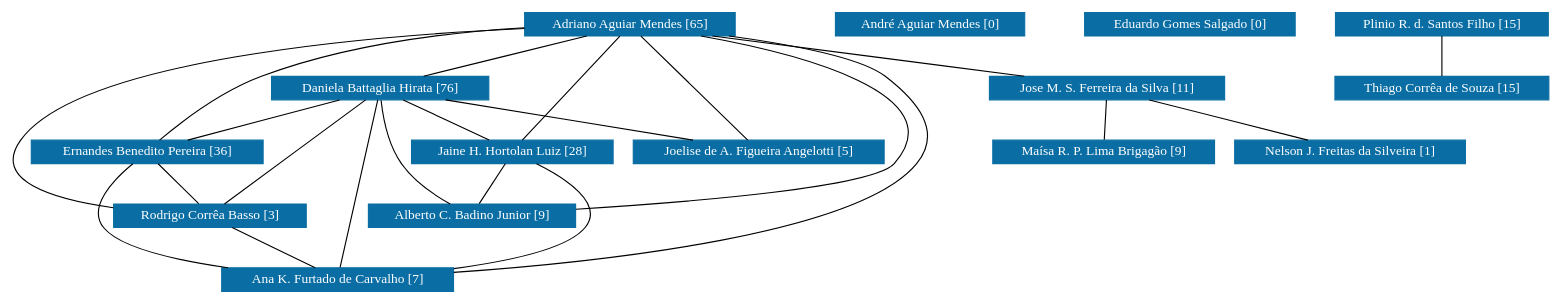
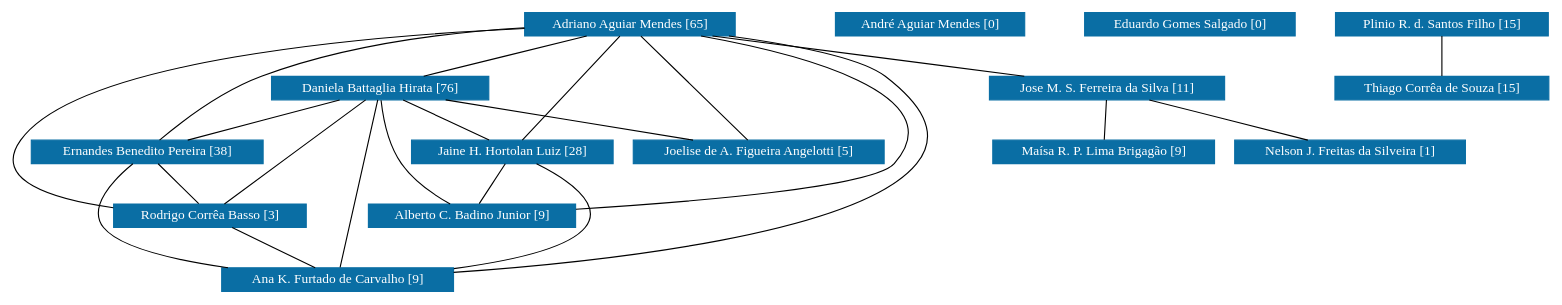
The diagram in PPGBiotec/grafoDeColaboracoesSemPesos.dot (icamps/unifal-lattes.github.io), drawn with Graphviz before and after one commit. The commit also changed 878 other files, not shown here.

```diff
--- a/PPGBiotec/grafoDeColaboracoesSemPesos.dot
+++ b/PPGBiotec/grafoDeColaboracoesSemPesos.dot
@@ -1,138 +1,138 @@
 strict graph grafo1 {
 	graph [bb="0,0,1164.1,249",
 		id=grafo1,
 		overlap=False
 	];
 	node [fontsize=12,
 		label="\N",
 		shape=rectangle,
 		style=filled
 	];
 	0	 [URL="membro-2926571414651131.html",
 		color="#0A6EA4",
 		fontcolor="#FFFFFF",
 		height=0.29167,
 		label="Adriano Aguiar Mendes [65]",
 		pos="472.64,238.5",
 		width=2.1389];
 	2	 [URL="membro-5292381247624407.html",
 		color="#0A6EA4",
 		fontcolor="#FFFFFF",
 		height=0.29167,
 		label="Daniela Battaglia Hirata [76]",
 		pos="301.64,181.5",
 		width=2.1528];
 	0 -- 2	 [pos="440.88,227.91 410.16,217.67 363.89,202.25 333.23,192.03"];
 	4	 [URL="membro-0524540000904823.html",
 		color="#0A6EA4",
 		fontcolor="#FFFFFF",
 		height=0.29167,
-		label="Ernandes Benedito Pereira [36]",
+		label="Ernandes Benedito Pereira [38]",
 		pos="114.64,124.5",
 		width=2.3056];
 	0 -- 4	 [pos="395.53,233.01 343,227.27 272.72,215.61 214.64,192 179.71,177.8 144.46,150.2 126.61,135.06"];
 	5	 [URL="membro-3433047807065363.html",
 		color="#0A6EA4",
 		fontcolor="#FFFFFF",
 		height=0.29167,
 		label="Jaine H. Hortolan Luiz [28]",
 		pos="403.64,124.5",
 		width=2.0694];
 	0 -- 5	 [pos="466.27,227.98 453.19,206.37 423.43,157.19 410.19,135.33"];
 	6	 [URL="membro-3798416800583466.html",
 		color="#0A6EA4",
 		fontcolor="#FFFFFF",
 		height=0.29167,
 		label="Joelise de A. Figueira Angelotti [5]",
 		pos="587.64,124.5",
 		width=2.5278];
 	0 -- 6	 [pos="483.25,227.98 505.05,206.37 554.66,157.19 576.72,135.33"];
 	7	 [URL="membro-0436922594542722.html",
 		color="#0A6EA4",
 		fontcolor="#FFFFFF",
 		height=0.29167,
 		label="Jose M. S. Ferreira da Silva [11]",
 		pos="857.64,181.5",
 		width=2.3611];
 	0 -- 7	 [pos="543.7,227.98 612.9,217.73 717.49,202.25 786.67,192.01"];
 	10	 [URL="membro-4043789557049115.html",
 		color="#0A6EA4",
 		fontcolor="#FFFFFF",
 		height=0.29167,
 		label="Rodrigo Corrêa Basso [3]",
 		pos="165.64,67.5",
 		width=1.9444];
 	0 -- 10	 [pos="395.35,232.9 278.12,222.52 64.524,195.58 22.639,135 0,102.26 48.884,84.95 95.531,76.098"];
 	12	 [URL="membro-6244428434217018.html",
 		color="#0A6EA4",
 		fontcolor="#FFFFFF",
 		height=0.29167,
 		label="Alberto C. Badino Junior [9]",
 		pos="368.64,67.5",
 		width=2.1389];
 	0 -- 12	 [pos="530.01,227.98 609.73,210.94 738.78,173.13 687.64,114 672.01,95.929 535.32,81.278 446.01,73.524"];
 	14	 [URL="membro-8233720168272812.html",
 		color="#0A6EA4",
 		fontcolor="#FFFFFF",
 		height=0.29167,
-		label="Ana K. Furtado de Carvalho [7]",
+		label="Ana K. Furtado de Carvalho [9]",
 		pos="263.64,10.5",
 		width=2.375];
 	0 -- 14	 [pos="549.79,228.04 599.52,220.01 658.53,207.64 678.64,192 707.83,169.29 730.52,143.06 707.64,114 664.01,58.572 465.88,30.153 349.55,18.004"];
 	2 -- 4	 [pos="266.9,170.91 233.32,160.67 182.71,145.25 149.19,135.03"];
 	2 -- 5	 [pos="320.83,170.78 339.06,160.59 366.33,145.35 384.54,135.17"];
 	2 -- 6	 [pos="354.43,170.98 405.76,160.75 483.29,145.3 534.67,135.06"];
 	2 -- 10	 [pos="289.09,170.98 263.31,149.37 204.64,100.19 178.56,78.328"];
 	2 -- 12	 [pos="302.68,170.74 304.42,156.81 308.86,132.14 319.64,114 328.27,99.481 342.69,86.583 353.66,78.076"];
 	2 -- 14	 [pos="299.26,170.8 292.44,140.09 272.84,51.897 266.02,21.193"];
 	4 -- 10	 [pos="124.23,113.78 133.35,103.59 146.99,88.348 156.09,78.173"];
 	4 -- 14	 [pos="103.71,113.54 90.937,99.382 73.157,74.481 86.639,57 99.396,40.458 145.75,28.641 187.82,21.059"];
 	5 -- 12	 [pos="397.06,113.78 390.8,103.59 381.44,88.348 375.19,78.173"];
 	5 -- 14	 [pos="421.55,113.88 441.86,100.51 470.25,76.864 454.64,57 441.17,39.859 393.58,28.246 349.28,20.912"];
 	8	 [URL="membro-6853382226977684.html",
 		color="#0A6EA4",
 		fontcolor="#FFFFFF",
 		height=0.29167,
 		label="Nelson J. Freitas da Silveira [1]",
 		pos="1036.6,124.5",
 		width=2.2778];
 	7 -- 8	 [pos="890.89,170.91 923.04,160.67 971.48,145.25 1003.6,135.03"];
 	13	 [URL="membro-0963588859777460.html",
 		color="#0A6EA4",
 		fontcolor="#FFFFFF",
 		height=0.29167,
 		label="Maísa R. P. Lima Brigagão [9]",
 		pos="855.64,124.5",
 		width=2.25];
 	7 -- 13	 [pos="857.26,170.78 856.91,160.59 856.37,145.35 856.01,135.17"];
 	10 -- 14	 [pos="184.07,56.779 201.59,46.588 227.8,31.348 245.29,21.173"];
 	1	 [URL="membro-1409264122407992.html",
 		color="#0A6EA4",
 		fontcolor="#FFFFFF",
 		height=0.29167,
 		label="André Aguiar Mendes [0]",
 		pos="702.64,238.5",
 		width=1.9306];
 	3	 [URL="membro-2363460036599181.html",
 		color="#0A6EA4",
 		fontcolor="#FFFFFF",
 		height=0.29167,
 		label="Eduardo Gomes Salgado [0]",
 		pos="898.64,238.5",
 		width=2.1111];
 	9	 [URL="membro-0595142298134685.html",
 		color="#0A6EA4",
 		fontcolor="#FFFFFF",
 		height=0.29167,
 		label="Plinio R. d. Santos Filho [15]",
 		pos="1086.6,238.5",
 		width=2.1528];
 	11	 [URL="membro-2834667104138232.html",
 		color="#0A6EA4",
 		fontcolor="#FFFFFF",
 		height=0.29167,
 		label="Thiago Corrêa de Souza [15]",
 		pos="1086.6,181.5",
 		width=2.1528];
 	9 -- 11	 [pos="1086.6,227.78 1086.6,217.59 1086.6,202.35 1086.6,192.17"];
 }
```
